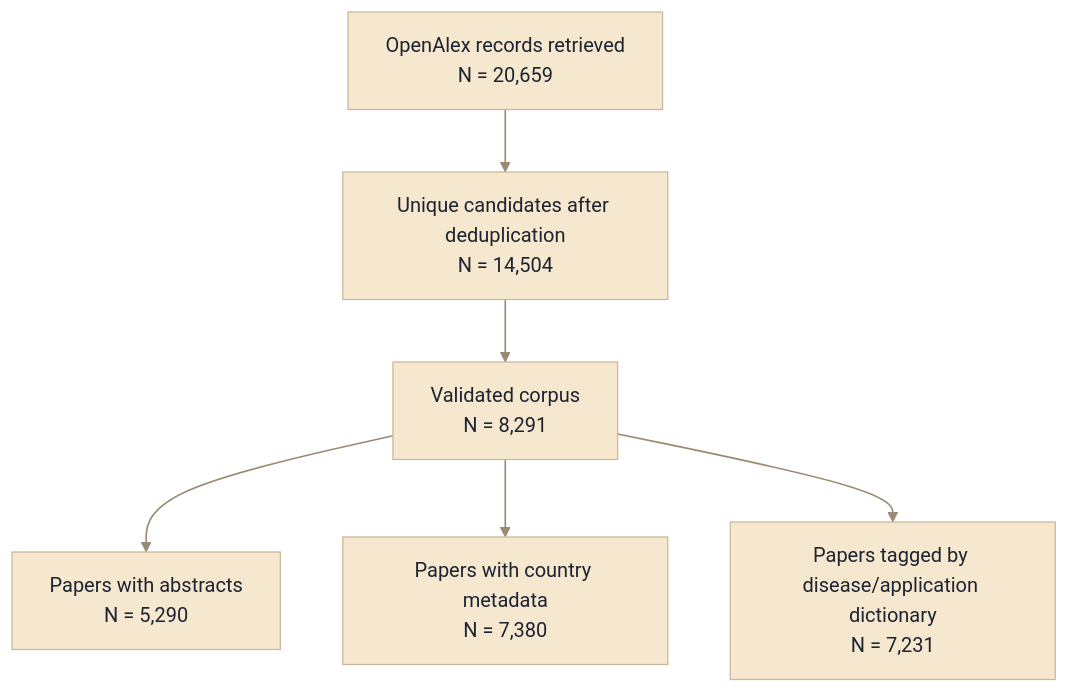
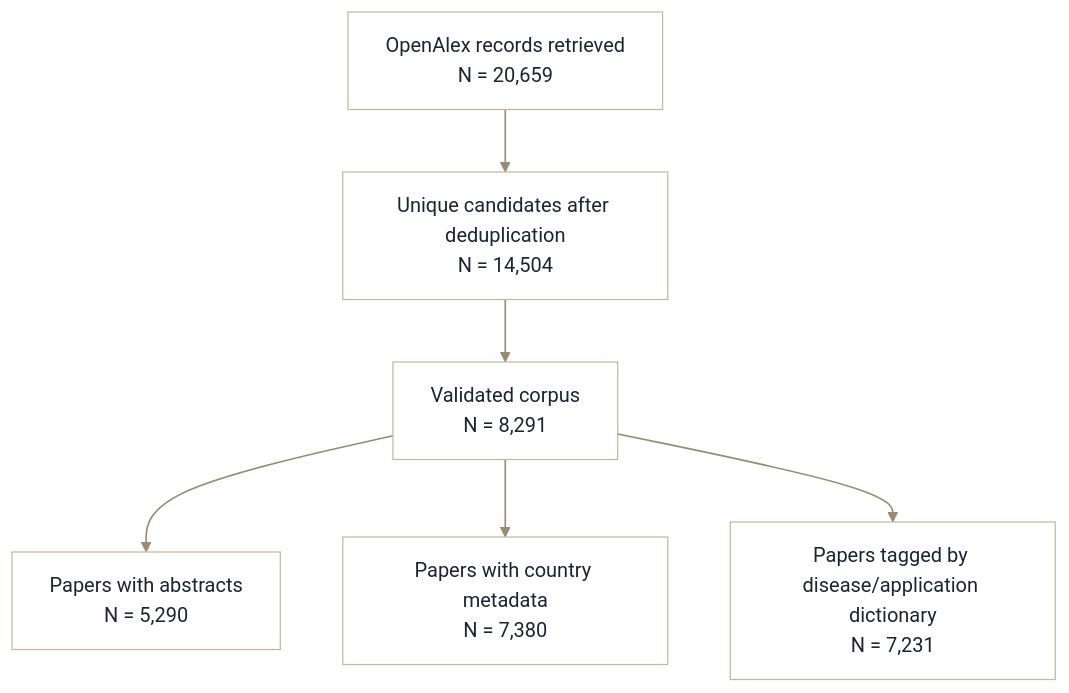
The diagram in output/reports/ahr_bibliometric_report.md (Trhova/Reproducible-bibliometric-analysis-pipeline), drawn with Mermaid before and after one commit. The commit also changed 48 other files, not shown here.

Commit message:
Switch figure and report backgrounds to white

````diff
--- a/output/reports/ahr_bibliometric_report.md
+++ b/output/reports/ahr_bibliometric_report.md
@@ -12,16 +12,16 @@
 ```mermaid
 flowchart TD
     A["OpenAlex records retrieved<br/>N = 20,659"]
     B["Unique candidates after deduplication<br/>N = 14,504"]
     C["Validated corpus<br/>N = 8,291"]
     D["Papers with abstracts<br/>N = 5,290"]
     E["Papers with country metadata<br/>N = 7,380"]
     F["Papers tagged by disease/application dictionary<br/>N = 7,231"]
     A --> B --> C
     C --> D
     C --> E
     C --> F
-    classDef stage fill:#F6E7CF,stroke:#C8B79A,color:#1C2331,stroke-width:1px;
+    classDef stage fill:#FFFFFF,stroke:#C8B79A,color:#1C2331,stroke-width:1px;
     class A,B,C,D,E,F stage;
     linkStyle default stroke:#9B8A73,stroke-width:1.3px;
 ```
````
